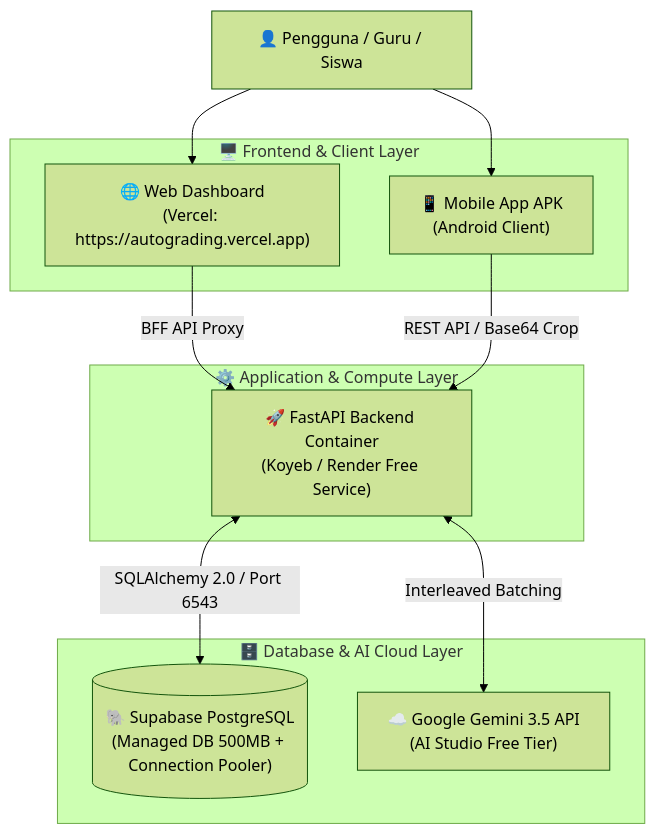
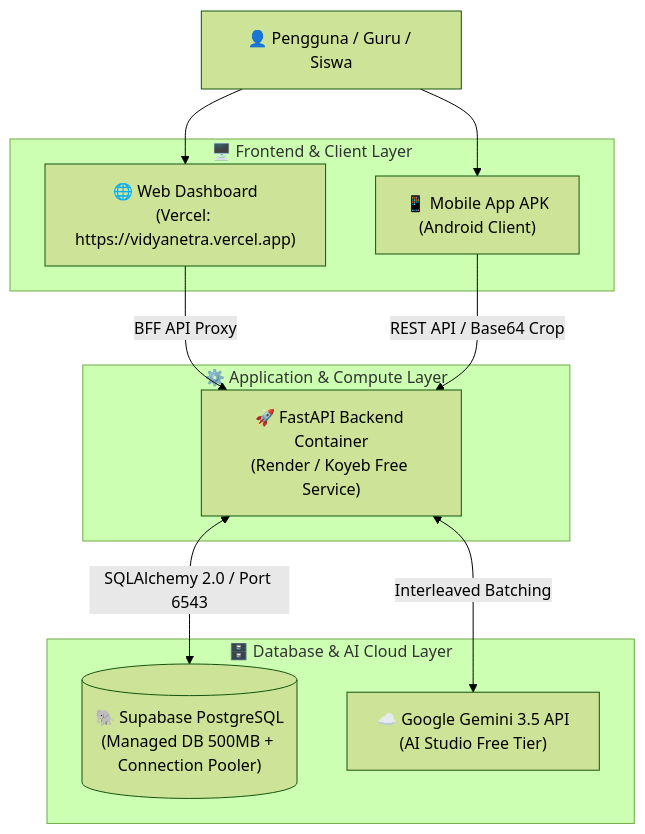
One commit to Hilahrezi/Vidyanetra changed the diagram in docs/11-panduan-deployment-cloud-gratis.md. Above: the diagram before and after it, drawn with Mermaid (forest theme). The commit also changed other lines of this file and 19 other files, not shown here.

````diff
--- a/docs/11-panduan-deployment-cloud-gratis.md
+++ b/docs/11-panduan-deployment-cloud-gratis.md
@@ -25,25 +25,25 @@
 ```mermaid
 flowchart TD
     User["👤 Pengguna / Guru / Siswa"]
     
     subgraph FRONTEND ["🖥️ Frontend & Client Layer"]
-        Vercel["🌐 Web Dashboard\n(Vercel: https://autograding.vercel.app)"]
+        Vercel["🌐 Web Dashboard\n(Vercel: https://vidyanetra.vercel.app)"]
         Mobile["📱 Mobile App APK\n(Android Client)"]
     end
 
     subgraph BACKEND ["⚙️ Application & Compute Layer"]
-        Koyeb["🚀 FastAPI Backend Container\n(Koyeb / Render Free Service)"]
+        Render["🚀 FastAPI Backend Container\n(Render / Koyeb Free Service)"]
     end
 
     subgraph STORAGE ["🗄️ Database & AI Cloud Layer"]
         Supabase[("🐘 Supabase PostgreSQL\n(Managed DB 500MB + Connection Pooler)")]
         Gemini["☁️ Google Gemini 3.5 API\n(AI Studio Free Tier)"]
     end
 
     User --> Vercel
     User --> Mobile
-    Vercel -->|BFF API Proxy| Koyeb
-    Mobile -->|REST API / Base64 Crop| Koyeb
-    Koyeb <-->|SQLAlchemy 2.0 / Port 6543| Supabase
-    Koyeb <-->|Interleaved Batching| Gemini
+    Vercel -->|BFF API Proxy| Render
+    Mobile -->|REST API / Base64 Crop| Render
+    Render <-->|SQLAlchemy 2.0 / Port 6543| Supabase
+    Render <-->|Interleaved Batching| Gemini
 ```
````
